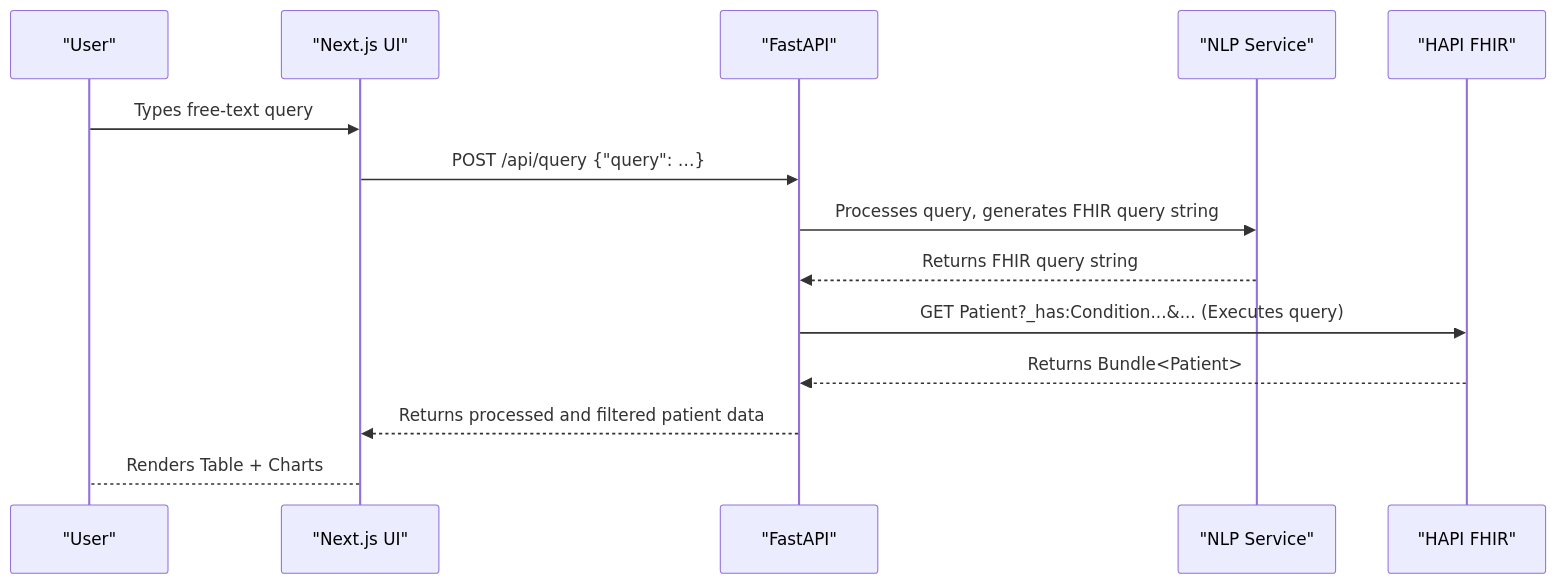
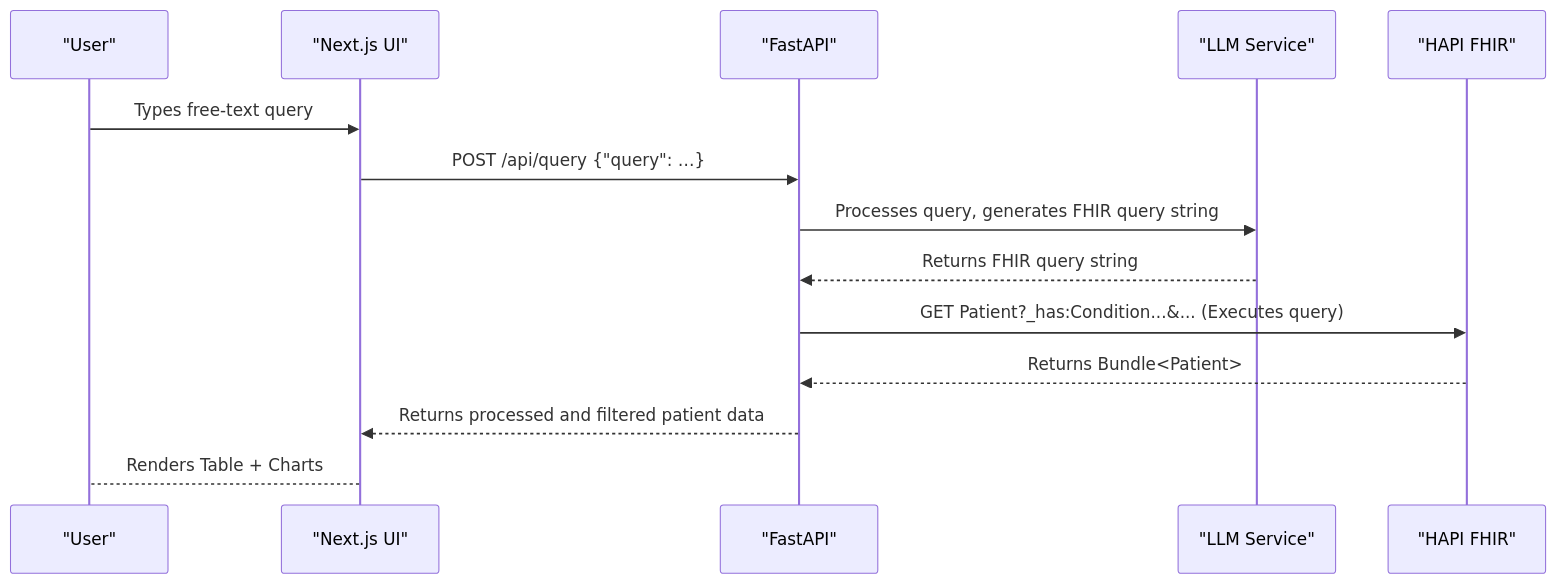
One commit to ireish/healthcare-query-tool changed the diagram in README.md. Above: the diagram before and after it, drawn with Mermaid. The commit also changed other lines of this file, not shown here.

Commit message:
docs(readme): add llm documentation

````diff
--- a/README.md
+++ b/README.md
@@ -40,16 +40,16 @@
 ```mermaid
 sequenceDiagram
     participant "User"
     participant "Next.js UI"
     participant "FastAPI"
-    participant "NLP Service"
+    participant "LLM Service"
     participant "HAPI FHIR"
     "User"->>"Next.js UI": Types free-text query
     "Next.js UI"->>"FastAPI": POST /api/query {"query": …}
-    "FastAPI"->>"NLP Service": Processes query, generates FHIR query string
-    "NLP Service"-->>"FastAPI": Returns FHIR query string
+    "FastAPI"->>"LLM Service": Processes query, generates FHIR query string
+    "LLM Service"-->>"FastAPI": Returns FHIR query string
     "FastAPI"->>"HAPI FHIR": GET Patient?_has:Condition...&... (Executes query)
     "HAPI FHIR"-->>"FastAPI": Returns Bundle<Patient>
     "FastAPI"-->>"Next.js UI": Returns processed and filtered patient data
     "Next.js UI"-->"User": Renders Table + Charts
 ```
````
